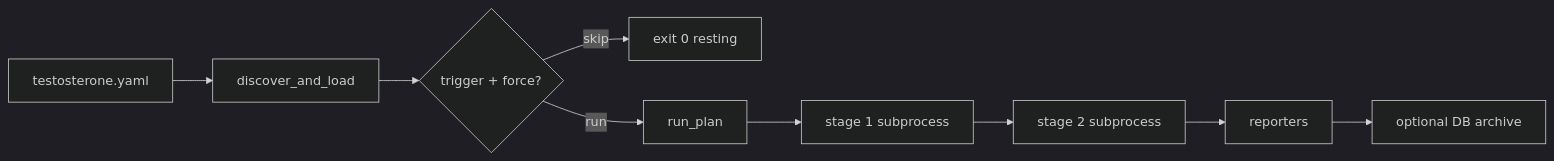
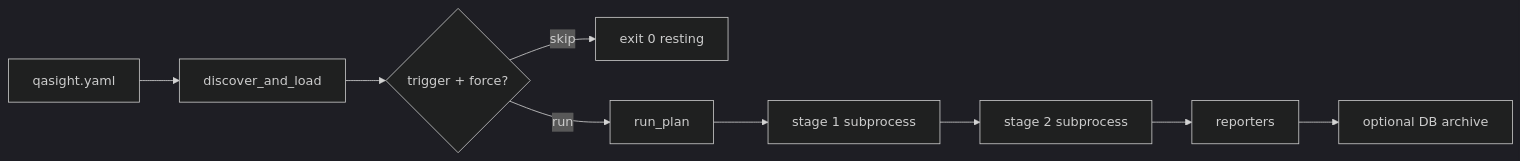
One commit to actions-marketplace-validations/arieleven_qasight changed the diagram in docs/Testing Workflows/QA Strategies.md. Above: the diagram before and after it, drawn with Mermaid (dark theme). The commit also changed other lines of this file and 1220 other files, not shown here.

First line of the commit message:
feat: rename Testosterone to QASight (package qasight, command qasight) (#296)

````diff
--- a/docs/Testing Workflows/QA Strategies.md
+++ b/docs/Testing Workflows/QA Strategies.md
@@ -20,11 +20,11 @@
 ```mermaid
 flowchart LR
-  YAML[testosterone.yaml] --> Load[discover_and_load]
+  YAML[qasight.yaml] --> Load[discover_and_load]
   Load --> Trigger{trigger + force?}
   Trigger -->|skip| Rest[exit 0 resting]
   Trigger -->|run| Engine[run_plan]
   Engine --> S1[stage 1 subprocess]
   S1 --> S2[stage 2 subprocess]
   S2 --> Rep[reporters]
   Rep --> Arc[optional DB archive]
 ```
````
